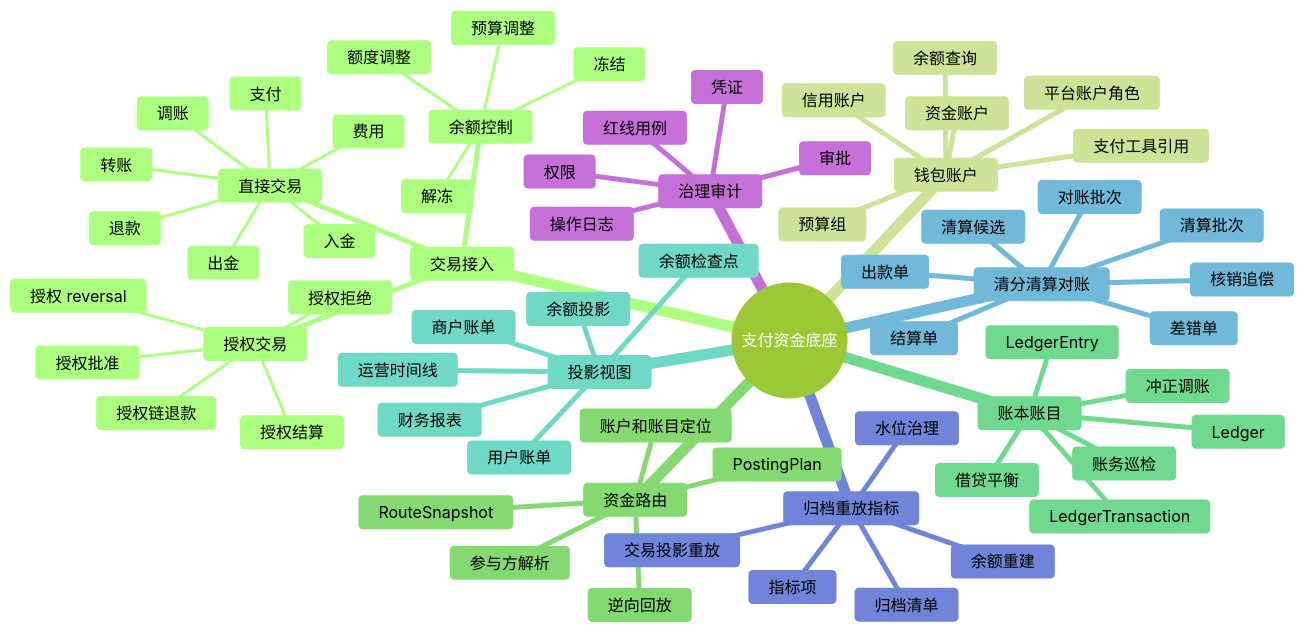
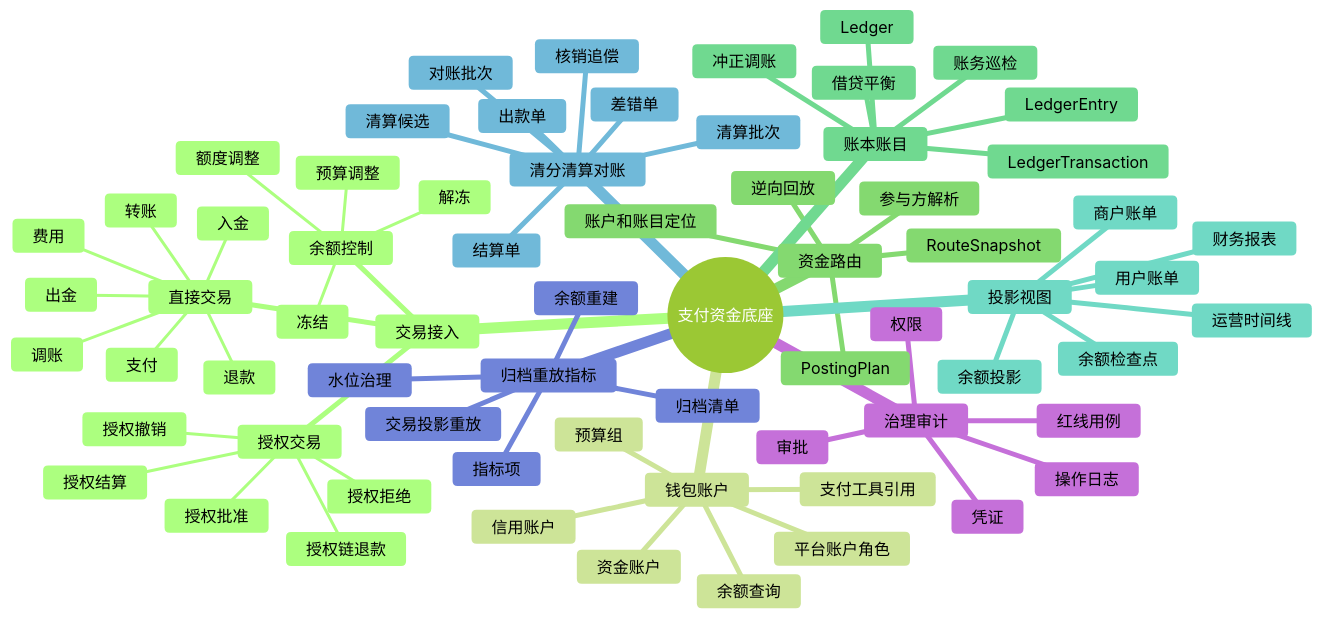
The third of 9 diagrams in docs/产品设计/01-PRD总览.md (fengwuxp/wind-funds), drawn with Mermaid (forest theme) before and after one commit. The commit also changed other lines of this file and 3 other files, not shown here.

````diff
--- a/docs/产品设计/01-PRD总览.md
+++ b/docs/产品设计/01-PRD总览.md
@@ -184,71 +184,71 @@
 ```mermaid
 mindmap
   root((支付资金底座))
     交易接入
       直接交易
         入金
         出金
         支付
         转账
         退款
         费用
         调账
       授权交易
         授权批准
         授权拒绝
-        授权 reversal
+        授权撤销
         授权结算
         授权链退款
       余额控制
         冻结
         解冻
         额度调整
         预算调整
     钱包账户
       资金账户
       信用账户
       预算组
       平台账户角色
       支付工具引用
       余额查询
     资金路由
       参与方解析
       账户和账目定位
       RouteSnapshot
       PostingPlan
       逆向回放
     账本账目
       Ledger
       LedgerTransaction
       LedgerEntry
       借贷平衡
       冲正调账
       账务巡检
     投影视图
       余额投影
       余额检查点
       用户账单
       商户账单
       运营时间线
       财务报表
     清分清算对账
       清算候选
       清算批次
       结算单
       出款单
       对账批次
       差错单
       核销追偿
     归档重放指标
       归档清单
       水位治理
       余额重建
       交易投影重放
       指标项
     治理审计
       权限
       审批
       凭证
       操作日志
       红线用例
 ```
````
